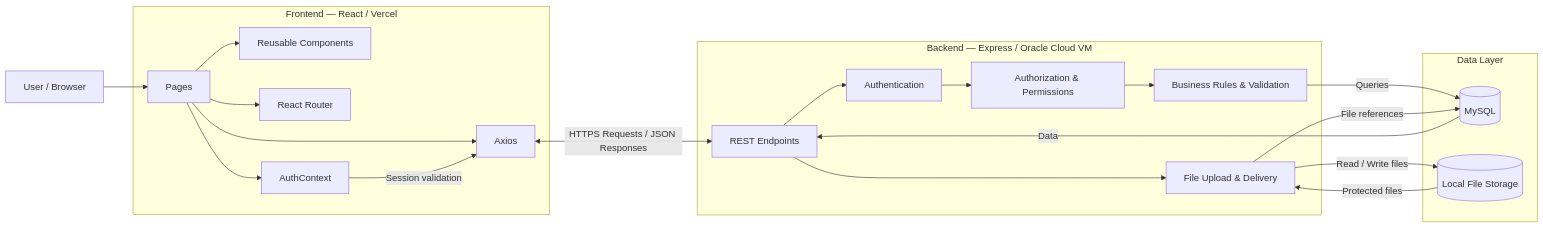
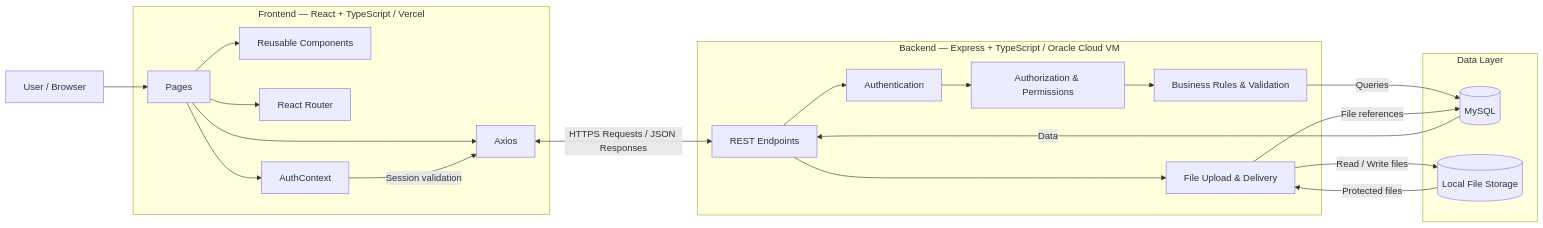
The diagram in docs/ARCHITECTURE.md (omrsag/Tasky), drawn with Mermaid before and after one commit. The commit also changed other lines of this file and 1 other file, not shown here.

Commit message:
docs: adopt TypeScript for frontend and backend

````diff
--- a/docs/ARCHITECTURE.md
+++ b/docs/ARCHITECTURE.md
@@ -13,48 +13,48 @@
 ```mermaid
 flowchart LR
     User[User / Browser]
 
-    subgraph Frontend["Frontend — React / Vercel"]
+    subgraph Frontend["Frontend — React + TypeScript / Vercel"]
         Pages[Pages]
         Components[Reusable Components]
         Router[React Router]
         Auth[AuthContext]
         Axios[Axios]
     end
 
-    subgraph Backend["Backend — Express / Oracle Cloud VM"]
+    subgraph Backend["Backend — Express + TypeScript / Oracle Cloud VM"]
         API[REST Endpoints]
         AuthMW[Authentication]
         Permissions[Authorization & Permissions]
         Rules[Business Rules & Validation]
         Uploads[File Upload & Delivery]
     end
 
     subgraph Data["Data Layer"]
         MySQL[(MySQL)]
         Storage[(Local File Storage)]
     end
 
     User --> Pages
 
     Pages --> Components
     Pages --> Router
     Pages --> Auth
     Pages --> Axios
 
     Auth -->|Session validation| Axios
     Axios <-->|HTTPS Requests / JSON Responses| API
 
     API --> AuthMW
     AuthMW --> Permissions
     Permissions --> Rules
 
     Rules -->|Queries| MySQL
     Uploads -->|File references| MySQL
     Uploads -->|Read / Write files| Storage
 
     API --> Uploads
 
     MySQL -->|Data| API
     Storage -->|Protected files| Uploads
 ```
````
